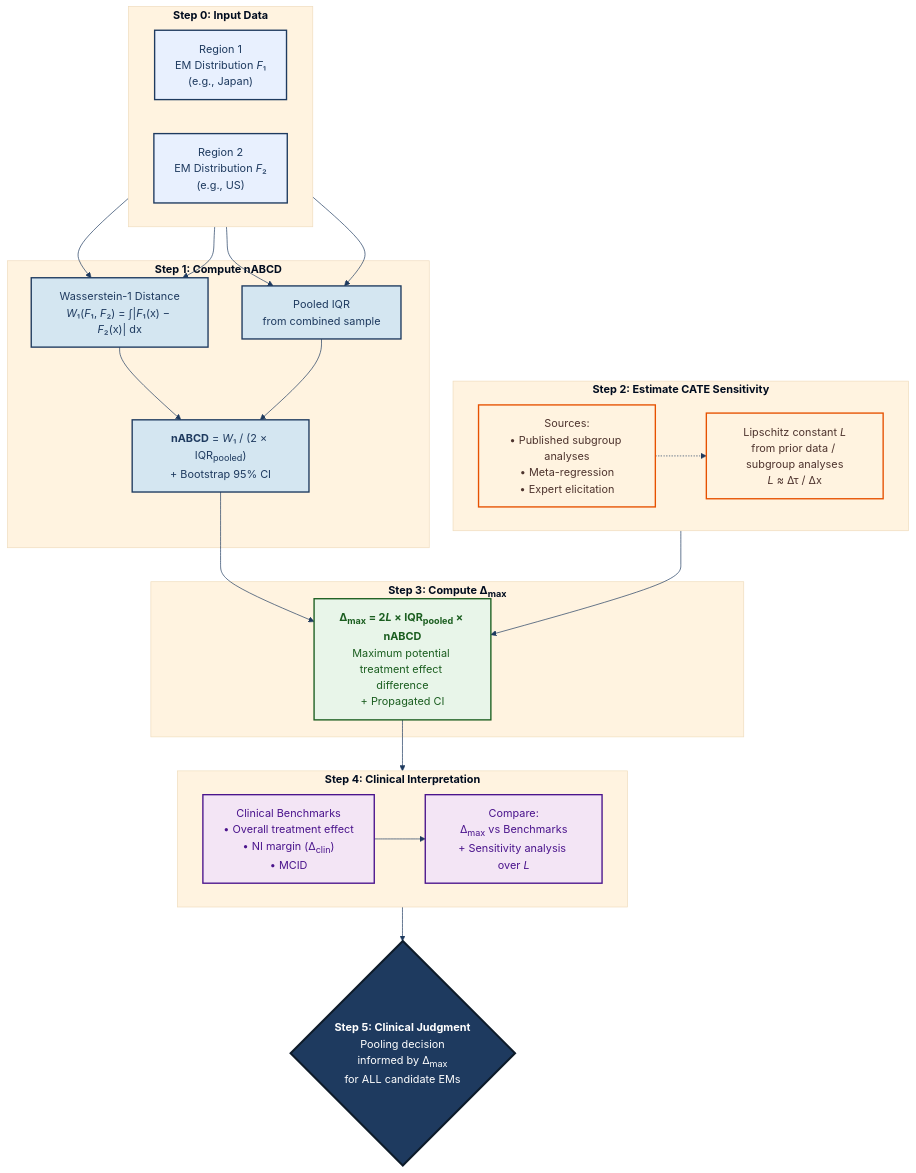
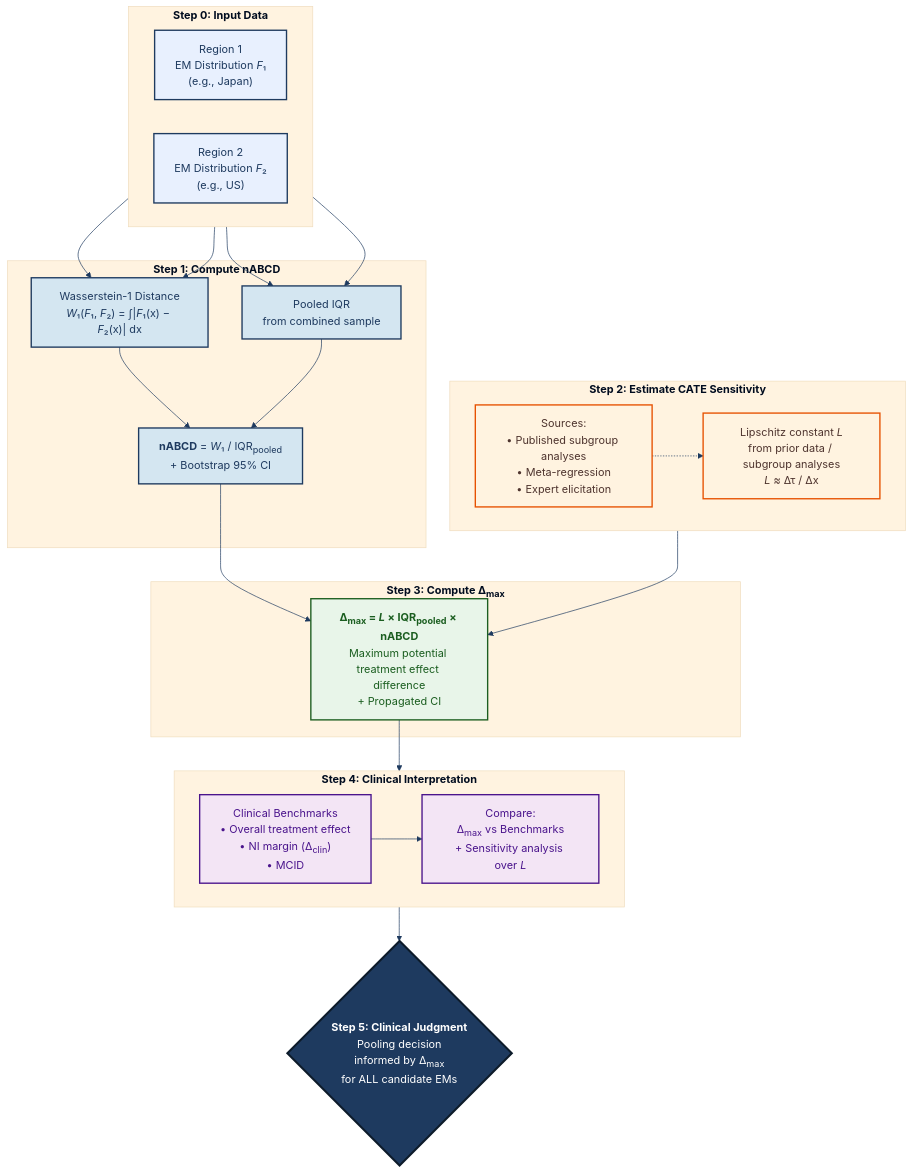
One commit to tnagakubo/similarity_metrics changed the diagram in projects/similarity-metric/paper/slides/fig_clinical_calibration_flow.mmd. Above: the diagram before and after it, drawn with Mermaid. The commit also changed 13 other files, not shown here.

```diff
--- a/projects/similarity-metric/paper/slides/fig_clinical_calibration_flow.mmd
+++ b/projects/similarity-metric/paper/slides/fig_clinical_calibration_flow.mmd
@@ -1,68 +1,68 @@
 %%{ init: { 'theme': 'base', 'themeVariables': { 'primaryColor': '#1E3A5F', 'primaryTextColor': '#fff', 'primaryBorderColor': '#0D1B2A', 'lineColor': '#1E3A5F', 'secondaryColor': '#E8F0FE', 'tertiaryColor': '#FFF3E0', 'fontSize': '16px' } } }%%
 flowchart TD
     %% ===== Input Layer =====
     subgraph INPUT["<b>Step 0: Input Data</b>"]
         direction LR
         F1["Region 1<br/>EM Distribution <i>F</i>₁<br/>(e.g., Japan)"]
         F2["Region 2<br/>EM Distribution <i>F</i>₂<br/>(e.g., US)"]
     end
 
     %% ===== nABCD Computation =====
     subgraph COMPUTE["<b>Step 1: Compute nABCD</b>"]
         W1["Wasserstein-1 Distance<br/><i>W</i>₁(<i>F</i>₁, <i>F</i>₂) = ∫|<i>F</i>₁(x) − <i>F</i>₂(x)| dx"]
         IQR["Pooled IQR<br/>from combined sample"]
-        NABCD["<b>nABCD</b> = <i>W</i>₁ / (2 × IQR<sub>pooled</sub>)<br/>+ Bootstrap 95% CI"]
+        NABCD["<b>nABCD</b> = <i>W</i>₁ / IQR<sub>pooled</sub><br/>+ Bootstrap 95% CI"]
     end
 
     %% ===== CATE Sensitivity =====
     subgraph CATE["<b>Step 2: Estimate CATE Sensitivity</b>"]
         direction LR
         LEST["Lipschitz constant <i>L</i><br/>from prior data / subgroup analyses<br/><i>L</i> ≈ Δτ / Δx"]
         LSRC["Sources:<br/>• Published subgroup analyses<br/>• Meta-regression<br/>• Expert elicitation"]
     end
 
     %% ===== Clinical Calibration =====
     subgraph CALIB["<b>Step 3: Compute Δ<sub>max</sub></b>"]
-        DELTA["<b>Δ<sub>max</sub> = 2<i>L</i> × IQR<sub>pooled</sub> × nABCD</b><br/>Maximum potential treatment effect difference<br/>+ Propagated CI"]
+        DELTA["<b>Δ<sub>max</sub> = <i>L</i> × IQR<sub>pooled</sub> × nABCD</b><br/>Maximum potential treatment effect difference<br/>+ Propagated CI"]
     end
 
     %% ===== Clinical Context =====
     subgraph CONTEXT["<b>Step 4: Clinical Interpretation</b>"]
         direction LR
         BENCH["Clinical Benchmarks<br/>• Overall treatment effect<br/>• NI margin (Δ<sub>clin</sub>)<br/>• MCID"]
         COMPARE["Compare:<br/>Δ<sub>max</sub> vs Benchmarks<br/>+ Sensitivity analysis over <i>L</i>"]
     end
 
     %% ===== Decision =====
     DECISION{"<b>Step 5: Clinical Judgment</b><br/>Pooling decision<br/>informed by Δ<sub>max</sub><br/>for ALL candidate EMs"}
 
     %% ===== Connections =====
     F1 --> W1
     F2 --> W1
     F1 --> IQR
     F2 --> IQR
     W1 --> NABCD
     IQR --> NABCD
 
     NABCD --> DELTA
     LEST --> DELTA
     LSRC -.-> LEST
 
     DELTA --> COMPARE
     BENCH --> COMPARE
     COMPARE --> DECISION
 
     %% ===== Styling =====
     classDef inputStyle fill:#E8F0FE,stroke:#1E3A5F,stroke-width:2px,color:#1E3A5F
     classDef computeStyle fill:#D4E6F1,stroke:#1E3A5F,stroke-width:2px,color:#1E3A5F
     classDef cateStyle fill:#FFF3E0,stroke:#E65100,stroke-width:2px,color:#4E342E
     classDef calibStyle fill:#E8F5E9,stroke:#1B5E20,stroke-width:2px,color:#1B5E20
     classDef contextStyle fill:#F3E5F5,stroke:#4A148C,stroke-width:2px,color:#4A148C
     classDef decisionStyle fill:#1E3A5F,stroke:#0D1B2A,stroke-width:3px,color:#FFFFFF
 
     class F1,F2 inputStyle
     class W1,IQR,NABCD computeStyle
     class LEST,LSRC cateStyle
     class DELTA calibStyle
     class BENCH,COMPARE contextStyle
     class DECISION decisionStyle
```
